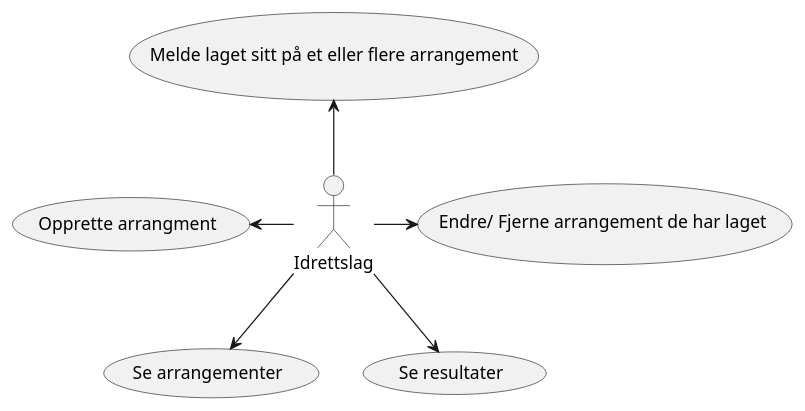
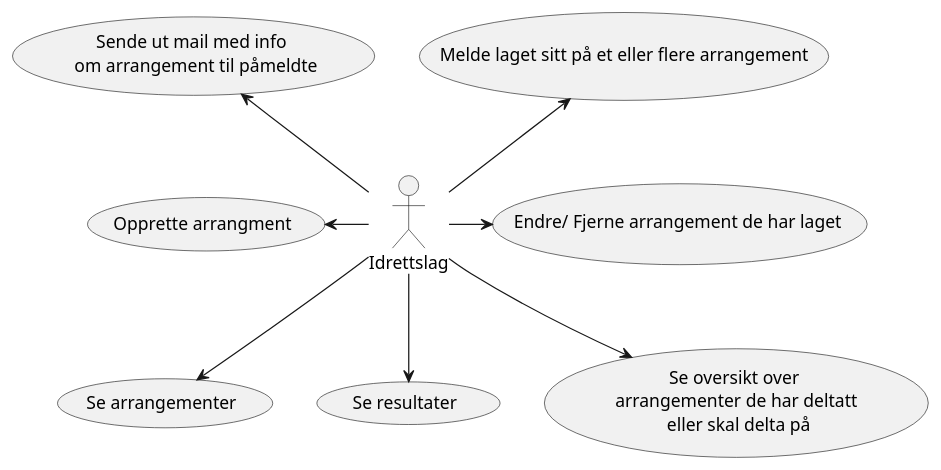
Before and after one commit to SetGruppe6/diagrammer: the diagram in .idea/LagUseCase.puml, drawn with PlantUML. The commit also changed 1 other file, not shown here.

```diff
--- a/.idea/LagUseCase.puml
+++ b/.idea/LagUseCase.puml
@@ -1,12 +1,14 @@
 @startuml
 
 :Idrettslag:
 
 Idrettslag-Left->(Opprette arrangment)
 Idrettslag-right->(Endre/ Fjerne arrangement de har laget )
 Idrettslag-up->(Melde laget sitt på et eller flere arrangement)
 Idrettslag-down->(Se arrangementer)
 Idrettslag-down->(Se resultater)
+Idrettslag-->(Se oversikt over \n arrangementer de har deltatt \n eller skal delta på)
+Idrettslag -up-> (Sende ut mail med info \n om arrangement til påmeldte)
 
 
 @enduml
```
